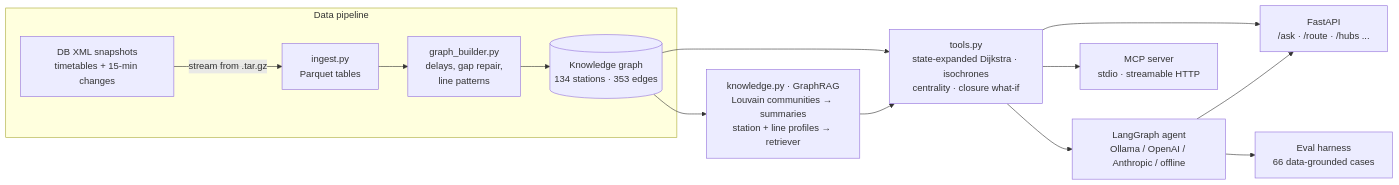
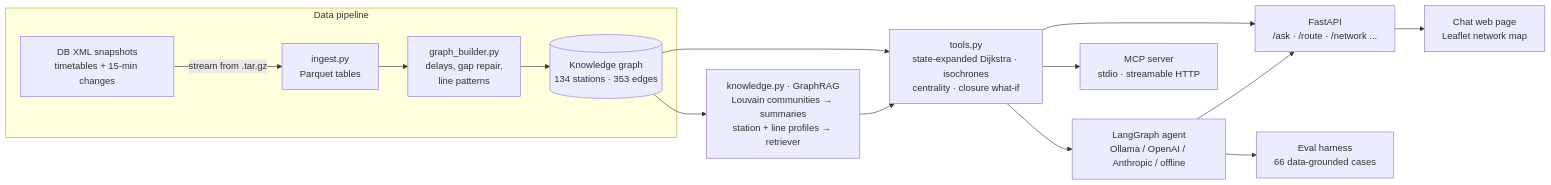
Before and after one commit to gulerece/berlin-transit-graph-agent: the diagram in README.md, drawn with Mermaid. The commit also changed other lines of this file and 6 other files, not shown here.

Commit message:
Add chat web page with interactive network map

````diff
--- a/README.md
+++ b/README.md
@@ -19,16 +21,17 @@
 ```mermaid
 flowchart LR
     subgraph Data["Data pipeline"]
         A[DB XML snapshots<br/>timetables + 15-min changes] -->|stream from .tar.gz| B[ingest.py<br/>Parquet tables]
         B --> C[graph_builder.py<br/>delays, gap repair,<br/>line patterns]
         C --> G[(Knowledge graph<br/>134 stations · 353 edges)]
     end
     G --> T[tools.py<br/>state-expanded Dijkstra · isochrones<br/>centrality · closure what-if]
     G --> K[knowledge.py · GraphRAG<br/>Louvain communities → summaries<br/>station + line profiles → retriever]
     K --> T
     T --> AG[LangGraph agent<br/>Ollama / OpenAI / Anthropic / offline]
     T --> M[MCP server<br/>stdio · streamable HTTP]
-    T --> API[FastAPI<br/>/ask · /route · /hubs ...]
+    T --> API[FastAPI<br/>/ask · /route · /network ...]
     AG --> API
+    API --> W[Chat web page<br/>Leaflet network map]
     AG --> E[Eval harness<br/>66 data-grounded cases]
 ```
````
